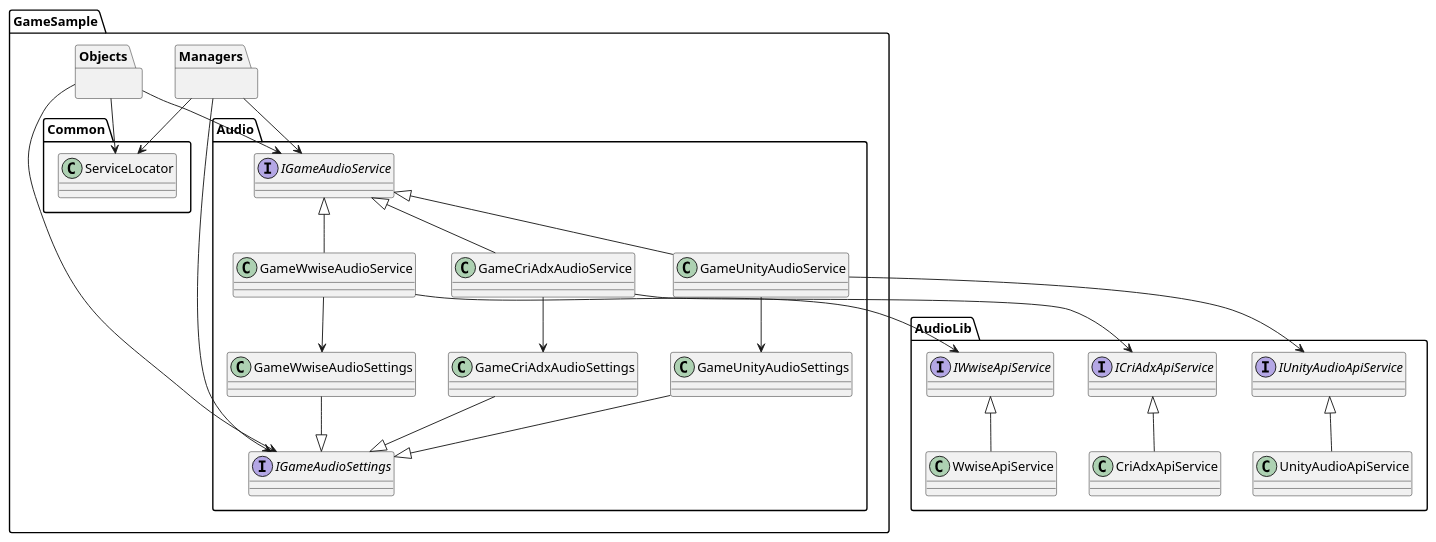
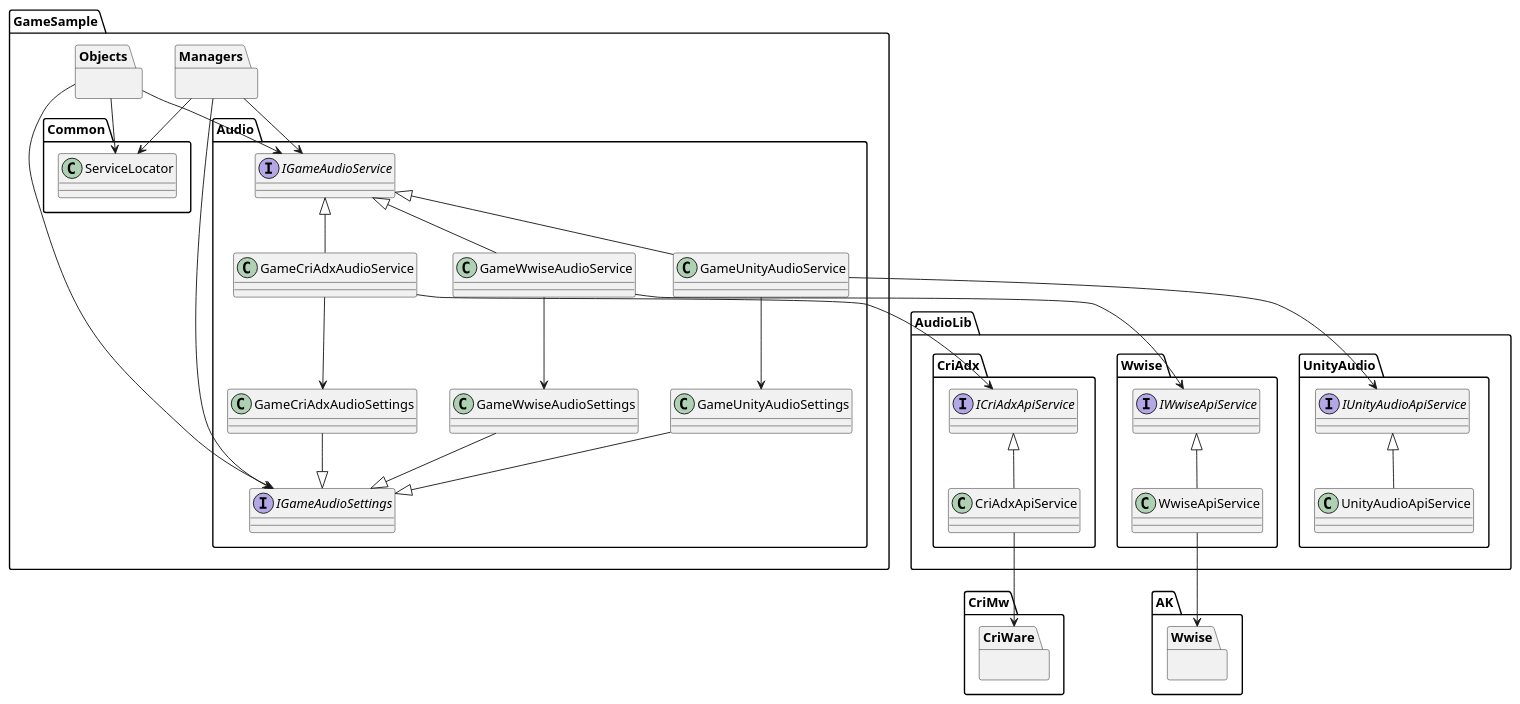
One commit to plasmo310/unity-multi-audio-sample changed the diagram in ReadMeContents/UML/02_multi_audio_class.pu. Above: the diagram before and after it, drawn with PlantUML. The commit also changed 3 other files, not shown here.

Commit message:
edit UML files.

```diff
--- a/ReadMeContents/UML/02_multi_audio_class.pu
+++ b/ReadMeContents/UML/02_multi_audio_class.pu
@@ -1,78 +1,91 @@
 @startuml MultiAudio
 
 package AudioLib {
-    interface IUnityAudioApiService {
+    package UnityAudio {
+        interface IUnityAudioApiService {
+        }
+        class UnityAudioApiService {
+        }
     }
-    class UnityAudioApiService {
+    package CriAdx {
+        interface ICriAdxApiService {
+        }
+        class CriAdxApiService {
+        }
     }
-    interface ICriAdxApiService {
-    }
-    class CriAdxApiService {
-    }
-    interface IWwiseApiService {
-    }
-    class WwiseApiService {
+    package Wwise {
+        interface IWwiseApiService {
+        }
+        class WwiseApiService {
+        }
     }
 }
 
 package GameSample
 {
     package Audio {
         interface IGameAudioService {
         }
         class GameUnityAudioService {
         }
         class GameCriAdxAudioService {
         }
         class GameWwiseAudioService {
         }
         interface IGameAudioSettings {
         }
         class GameUnityAudioSettings {
         }
         class GameCriAdxAudioSettings {
         }
         class GameWwiseAudioSettings {
         }
     }
     package Managers {
     }
     package Objects {
     }
     package Common {
         class ServiceLocator {
         }
     }
 }
 
+package CriMw.CriWare {
+}
+package AK.Wwise {
+}
 
 
 IUnityAudioApiService <|-- UnityAudioApiService
 ICriAdxApiService     <|-- CriAdxApiService
 IWwiseApiService      <|-- WwiseApiService
 
 IGameAudioService <|-- GameUnityAudioService
 IGameAudioService <|-- GameCriAdxAudioService
 IGameAudioService <|-- GameWwiseAudioService
 
 GameUnityAudioSettings  --|> IGameAudioSettings
 GameCriAdxAudioSettings --|> IGameAudioSettings
 GameWwiseAudioSettings  --|> IGameAudioSettings
 
 GameUnityAudioService  --> GameUnityAudioSettings
 GameCriAdxAudioService --> GameCriAdxAudioSettings
 GameWwiseAudioService  --> GameWwiseAudioSettings
 
 GameUnityAudioService  --> IUnityAudioApiService
 GameCriAdxAudioService --> ICriAdxApiService
 GameWwiseAudioService  --> IWwiseApiService
 
 Managers --> ServiceLocator
 Objects --> ServiceLocator
 
 Managers --> IGameAudioSettings
 Managers --> IGameAudioService
 Objects --> IGameAudioSettings
 Objects --> IGameAudioService
 
+CriAdxApiService --> CriMw.CriWare
+WwiseApiService --> AK.Wwise
+
 @enduml
```
